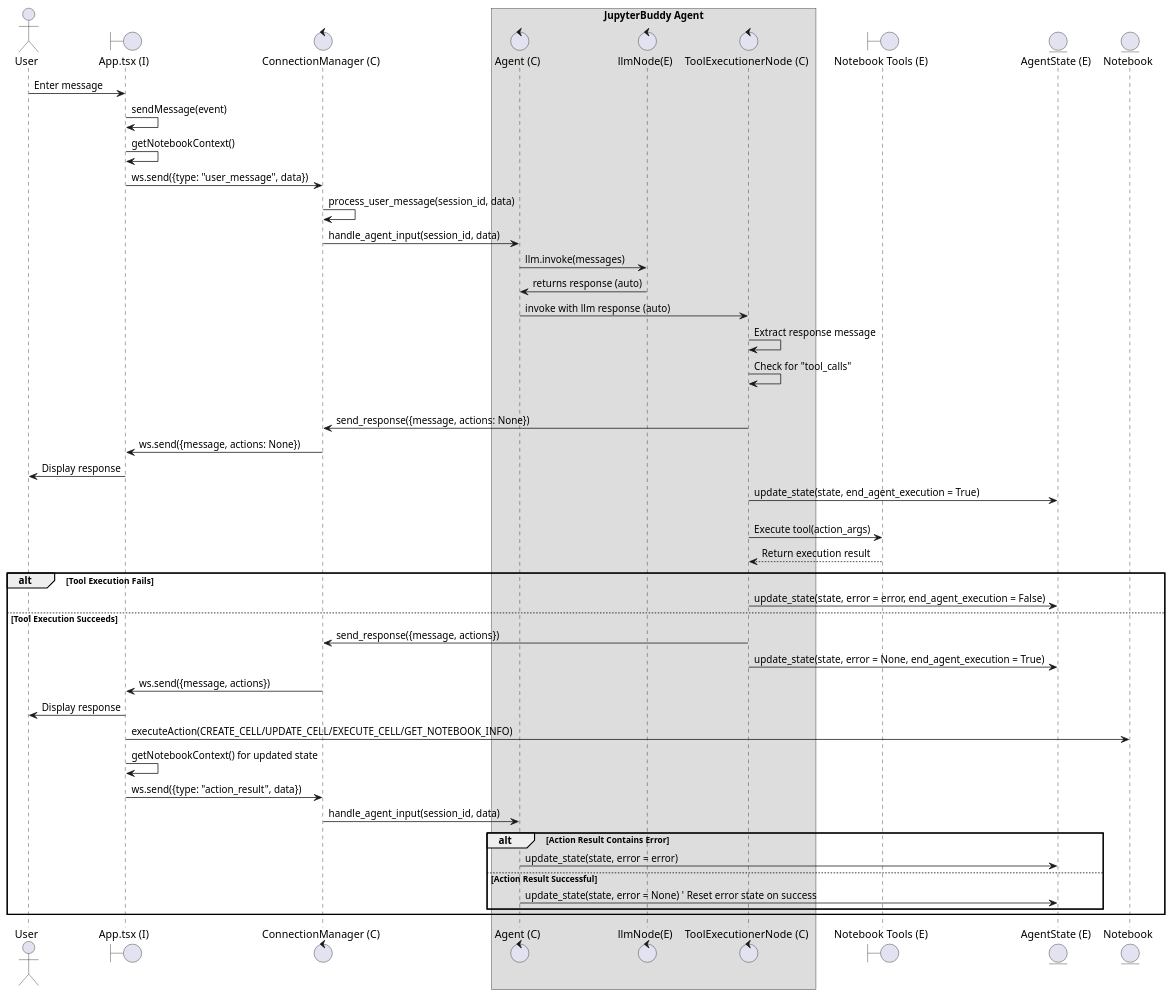
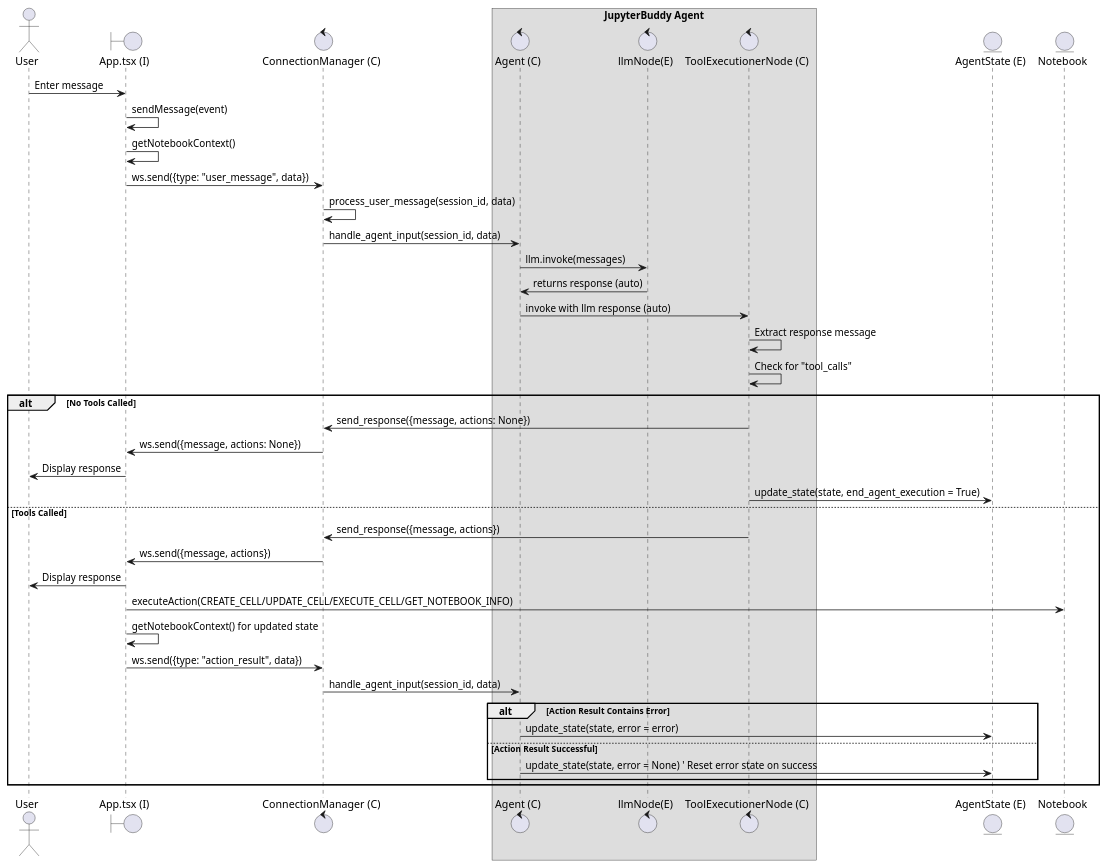
The diagram in docs/flow.plantuml (CMU-MSEAI-2025-CAP-JupyterTeam/juppyterBuddy-backend), drawn with PlantUML before and after one commit.

```diff
--- a/docs/flow.plantuml
+++ b/docs/flow.plantuml
@@ -1,65 +1,56 @@
 @startuml JupyterBuddy System Sequence Diagram
 
 actor User
 boundary "App.tsx (I)" as Frontend
 control "ConnectionManager (C)" as WebSocketManager
 box "JupyterBuddy Agent"
     control "Agent (C)" as Agent
     control "llmNode(E)" as LLM
     control "ToolExecutionerNode (C)" as ToolExecutor
 end box
-boundary "Notebook Tools (E)" as Tools
 entity "AgentState (E)" as AgentState
 entity Notebook
 
 ' User sends a message
 User -> Frontend: Enter message
 Frontend -> Frontend: sendMessage(event)
 Frontend -> Frontend: getNotebookContext()
 Frontend -> WebSocketManager: ws.send({type: "user_message", data})
 WebSocketManager -> WebSocketManager: process_user_message(session_id, data)
 WebSocketManager -> Agent: handle_agent_input(session_id, data)
 
 ' Agent processes message
 Agent -> LLM: llm.invoke(messages)
 LLM -> Agent: returns response (auto)
 Agent -> ToolExecutor: invoke with llm response (auto)
 
 ' Decision point - Check if LLM generated tool calls
 ToolExecutor -> ToolExecutor: Extract response message
 ToolExecutor -> ToolExecutor: Check for "tool_calls"
 
 alt No Tools Called
     ToolExecutor -> WebSocketManager: send_response({message, actions: None})
     WebSocketManager -> Frontend: ws.send({message, actions: None})
     Frontend -> User: Display response
     ToolExecutor -> AgentState: update_state(state, end_agent_execution = True)
 else Tools Called
-    ToolExecutor -> Tools: Execute tool(action_args)
-    Tools --> ToolExecutor: Return execution result
-    
-    alt Tool Execution Fails
-        ' update state with error{error_type: "tool_error", error_message: err_msg}
-        ToolExecutor -> AgentState: update_state(state, error = error, end_agent_execution = False)
-    else Tool Execution Succeeds
-        ToolExecutor -> WebSocketManager: send_response({message, actions})
-        ToolExecutor -> AgentState: update_state(state, error = None, end_agent_execution = True)
-        WebSocketManager -> Frontend: ws.send({message, actions})
+    ToolExecutor -> WebSocketManager: send_response({message, actions})
+    WebSocketManager -> Frontend: ws.send({message, actions})
         
-        ' Frontend processes response
-        Frontend -> User: Display response
-        Frontend -> Notebook: executeAction(CREATE_CELL/UPDATE_CELL/EXECUTE_CELL/GET_NOTEBOOK_INFO)
-        Frontend -> Frontend: getNotebookContext() for updated state
-        Frontend -> WebSocketManager: ws.send({type: "action_result", data})
-        WebSocketManager -> Agent: handle_agent_input(session_id, data)
+    ' Frontend processes response
+    Frontend -> User: Display response
+    Frontend -> Notebook: executeAction(CREATE_CELL/UPDATE_CELL/EXECUTE_CELL/GET_NOTEBOOK_INFO)
+    Frontend -> Frontend: getNotebookContext() for updated state
+    Frontend -> WebSocketManager: ws.send({type: "action_result", data})
+    WebSocketManager -> Agent: handle_agent_input(session_id, data)
     
     ' Decision point - Handle frontend result
     alt Action Result Contains Error
-        'update state with error{error_type: "frontend_exe_error", error_message: err_msg}
+        ' Update state with error
         Agent -> AgentState: update_state(state, error = error)
     else Action Result Successful
         Agent -> AgentState: update_state(state, error = None) ' Reset error state on success
     end
 end
 
 @enduml
```
